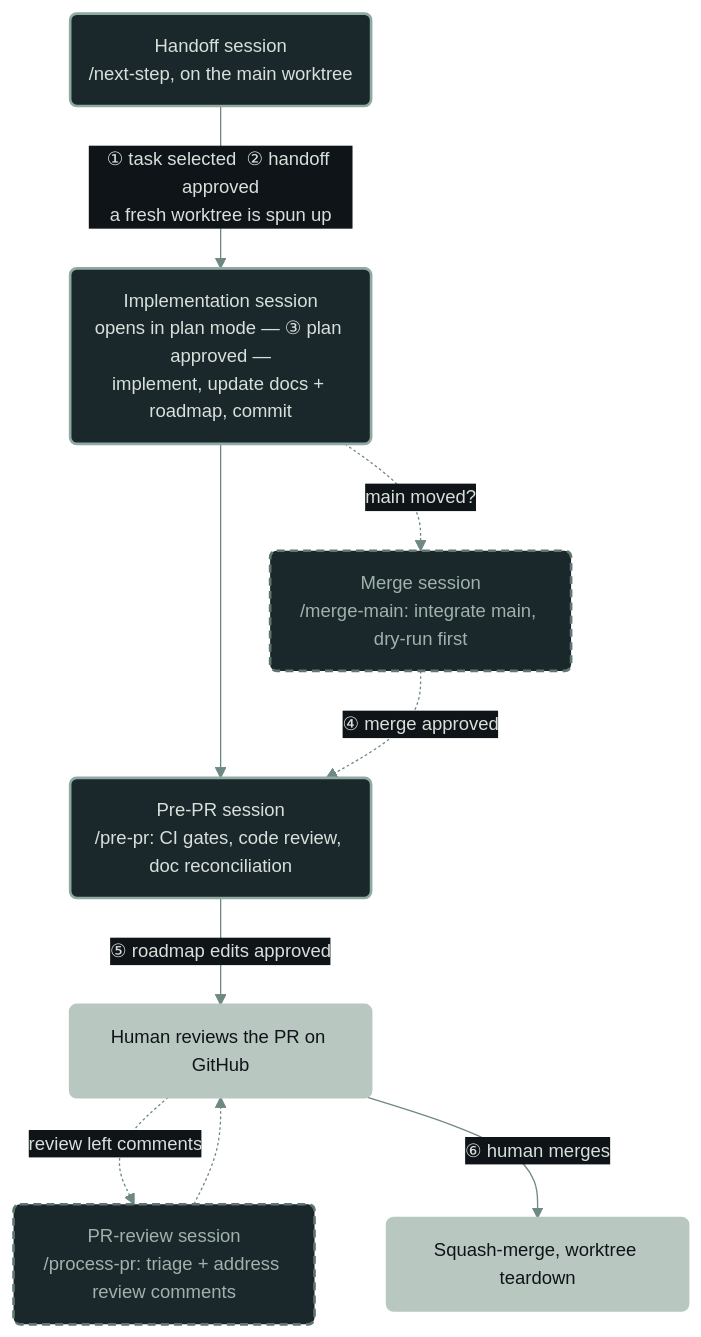
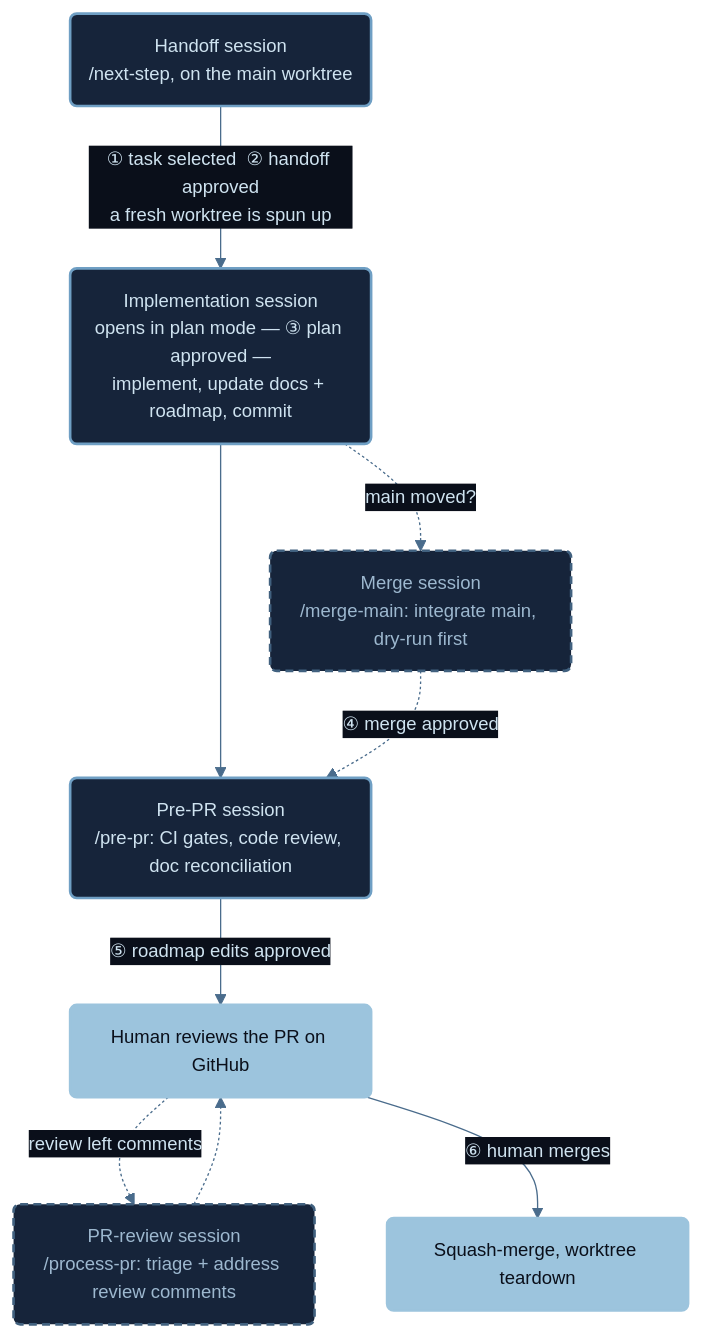
One commit to drabaioli/cdd changed the first of 2 diagrams in README.md. Above: the diagram before and after it, drawn with Mermaid. The commit also changed other lines of this file, not shown here.

Commit message:
README: shift Mermaid palette to deep-sea blue
Per PR #9 follow-up: re-derive the diagram colors from the second
reference image — a deep-sea cavern. Deep navy panels (#0a0f1a /
#16243a), cool-blue outlines (#6f9fc4), icy pale text (#cfe3f0),
with human/GitHub steps taking the pale "light from above" blue
(#9cc4dd). Structure, rounding, padding, and font stack unchanged.

````diff
--- a/README.md
+++ b/README.md
@@ -16,24 +16,24 @@
 ```mermaid
-%%{init: {'theme':'base', 'themeVariables': {'background':'#0e1417', 'primaryColor':'#1b282b', 'primaryTextColor':'#d7e0db', 'primaryBorderColor':'#8fa9a3', 'lineColor':'#6e8983', 'textColor':'#c4d2cd', 'edgeLabelBackground':'#0e1417', 'fontFamily':'Poppins, Verdana, Helvetica, Arial, sans-serif', 'fontSize':'14px'}, 'flowchart': {'curve':'basis', 'padding':14, 'nodeSpacing':55, 'rankSpacing':60}}}%%
+%%{init: {'theme':'base', 'themeVariables': {'background':'#0a0f1a', 'primaryColor':'#16243a', 'primaryTextColor':'#cfe3f0', 'primaryBorderColor':'#6f9fc4', 'lineColor':'#4a6c8c', 'textColor':'#b9d2e6', 'edgeLabelBackground':'#0a0f1a', 'fontFamily':'Poppins, Verdana, Helvetica, Arial, sans-serif', 'fontSize':'14px'}, 'flowchart': {'curve':'basis', 'padding':14, 'nodeSpacing':55, 'rankSpacing':60}}}%%
 flowchart TD
     NS("Handoff session<br>/next-step, on the main worktree"):::agent
     IMPL("Implementation session<br>opens in plan mode — ③ plan approved —<br>implement, update docs + roadmap, commit"):::agent
     MM("Merge session<br>/merge-main: integrate main, dry-run first"):::opt
     PP("Pre-PR session<br>/pre-pr: CI gates, code review, doc reconciliation"):::agent
     REV("Human reviews the PR on GitHub"):::human
     PPR("PR-review session<br>/process-pr: triage + address review comments"):::opt
     DONE("Squash-merge, worktree teardown"):::human
 
     NS -->|"  ① task selected  ② handoff approved<br>a fresh worktree is spun up  "| IMPL
     IMPL --> PP
     IMPL -.->|"  main moved?  "| MM
     MM -.->|"  ④ merge approved  "| PP
     PP -->|"  ⑤ roadmap edits approved  "| REV
     REV -.->|"  review left comments  "| PPR
     PPR -.-> REV
     REV -->|"  ⑥ human merges  "| DONE
 
-    classDef agent fill:#1b282b,stroke:#8fa9a3,color:#d7e0db,stroke-width:2px
-    classDef opt fill:#1b282b,stroke:#5f7771,color:#9fb2ac,stroke-width:2px,stroke-dasharray: 6 4
-    classDef human fill:#b9c7c1,stroke:#b9c7c1,color:#0e1417,stroke-width:2px
+    classDef agent fill:#16243a,stroke:#6f9fc4,color:#cfe3f0,stroke-width:2px
+    classDef opt fill:#16243a,stroke:#41617f,color:#9db8cf,stroke-width:2px,stroke-dasharray: 6 4
+    classDef human fill:#9cc4dd,stroke:#9cc4dd,color:#0a0f1a,stroke-width:2px
 ```
````
